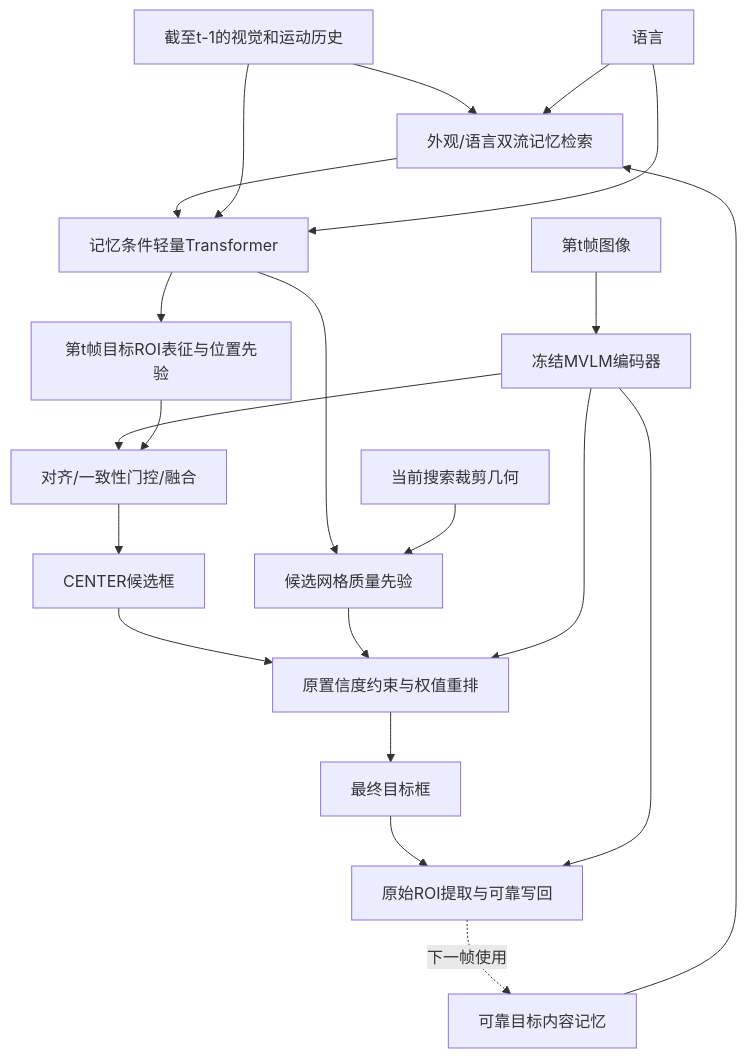
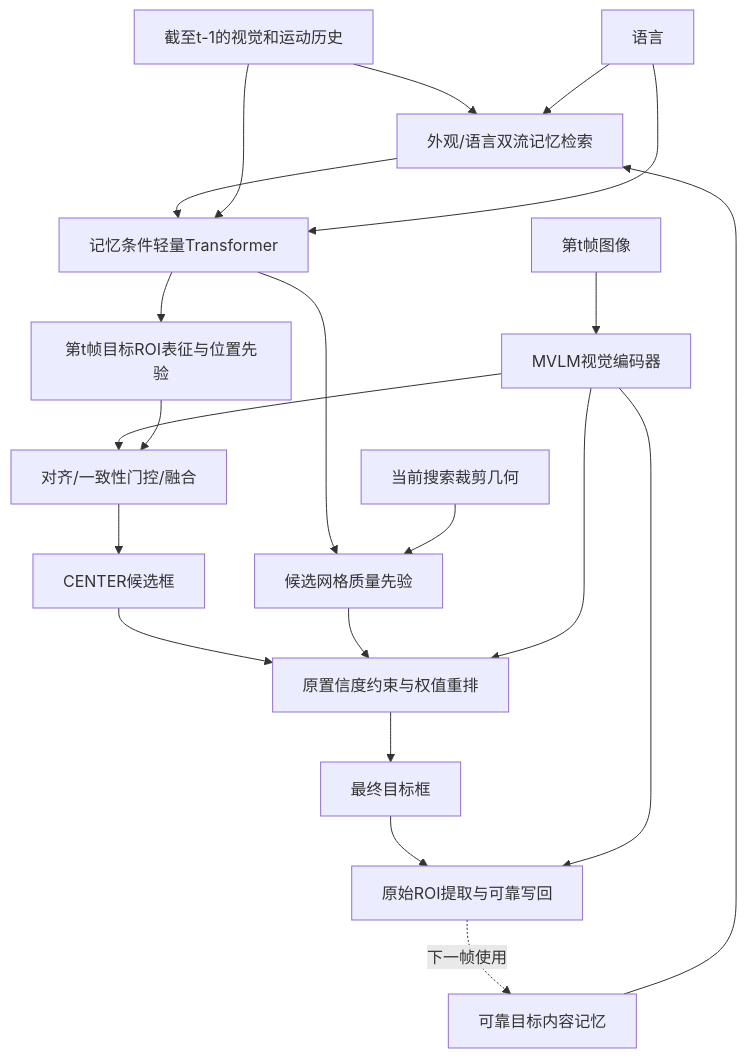
One commit to 1234567893357159/MVLM-lmz changed the diagram in reports/reproduction/MEMORY_WORLD_IMPLEMENTATION.md. Above: the diagram before and after it, drawn with Mermaid. The commit also changed other lines of this file and 44 other files, not shown here.

````diff
--- a/reports/reproduction/MEMORY_WORLD_IMPLEMENTATION.md
+++ b/reports/reproduction/MEMORY_WORLD_IMPLEMENTATION.md
@@ -23,23 +23,23 @@
 ```mermaid
 flowchart TD
   P[截至t-1的视觉和运动历史] --> R[外观/语言双流记忆检索]
   M[可靠目标内容记忆] --> R
   L[语言] --> R
   R --> W[记忆条件轻量Transformer]
   P --> W
   L --> W
   W --> A[第t帧目标ROI表征与位置先验]
   W --> Q[候选网格质量先验]
   C[当前搜索裁剪几何] --> Q
-  I[第t帧图像] --> E[冻结MVLM编码器]
+  I[第t帧图像] --> E[MVLM视觉编码器]
   E --> F[对齐/一致性门控/融合]
   A --> F
   F --> H[CENTER候选框]
   H --> S[原置信度约束与权值重排]
   Q --> S
   E --> S
   S --> B[最终目标框]
   B --> U[原始ROI提取与可靠写回]
   E --> U
   U -. 下一帧使用 .-> M
 ```
````
